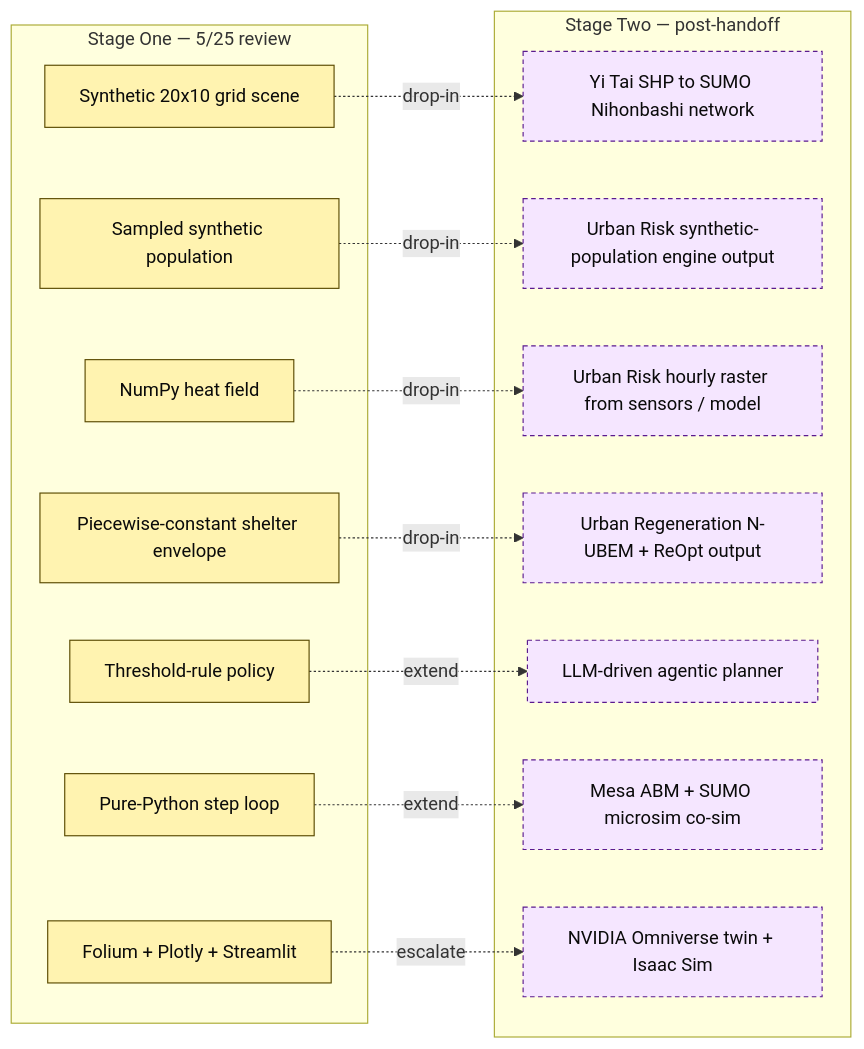
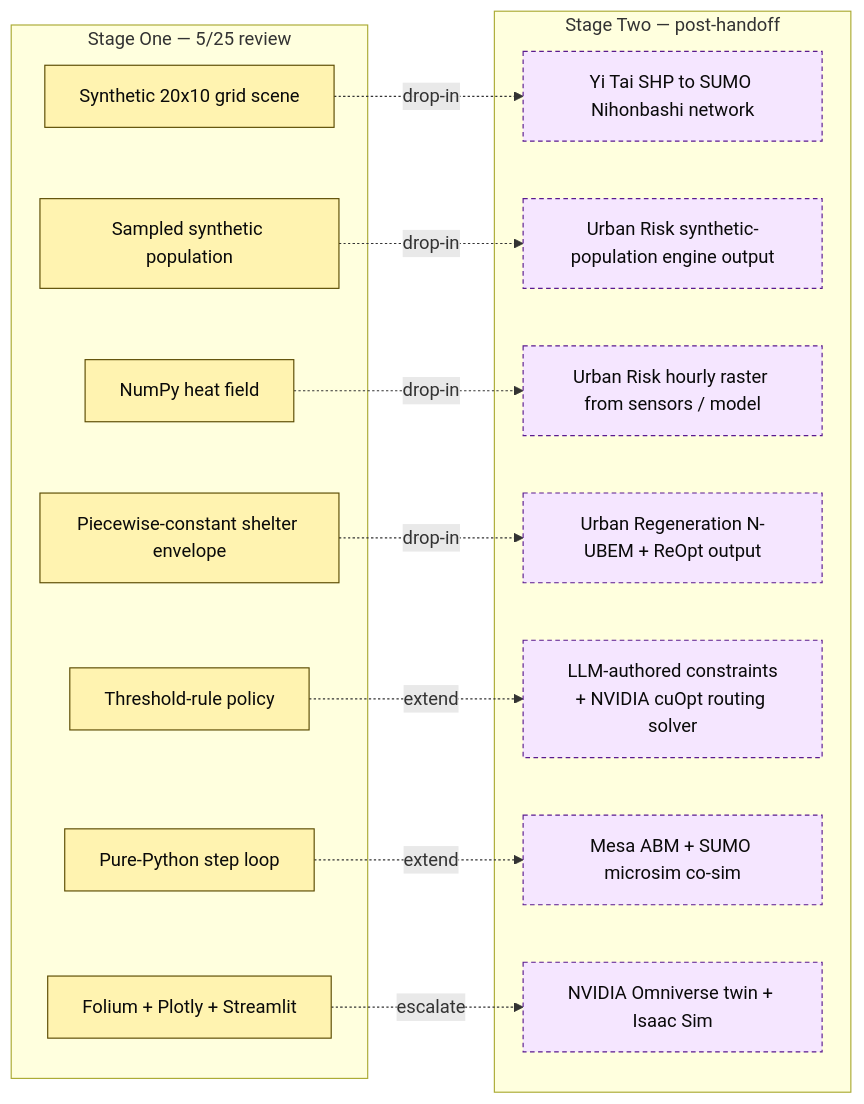
One commit to SamDuo/nihonbashi-robot-sim changed the fifth of 5 diagrams in docs/system_architecture.md. Above: the diagram before and after it, drawn with Mermaid. The commit also changed other lines of this file and 1 other file, not shown here.

````diff
--- a/docs/system_architecture.md
+++ b/docs/system_architecture.md
@@ -225,33 +225,33 @@
 ```mermaid
 flowchart LR
   classDef s1 fill:#fff3b0,stroke:#5a4a00,color:#0a0a0a
   classDef s2 fill:#f5e6ff,stroke:#5a1a8f,color:#0a0a0a,stroke-dasharray: 4 3
 
   subgraph S1[Stage One — 5/25 review]
     A1[Synthetic 20x10 grid scene]:::s1
     A2[Sampled synthetic population]:::s1
     A3[NumPy heat field]:::s1
     A4[Piecewise-constant shelter envelope]:::s1
     A5[Threshold-rule policy]:::s1
     A6[Pure-Python step loop]:::s1
     A7[Folium + Plotly + Streamlit]:::s1
   end
 
   subgraph S2[Stage Two — post-handoff]
     B1[Yi Tai SHP to SUMO Nihonbashi network]:::s2
     B2[Urban Risk synthetic-population engine output]:::s2
     B3[Urban Risk hourly raster from sensors / model]:::s2
     B4[Urban Regeneration N-UBEM + ReOpt output]:::s2
-    B5[LLM-driven agentic planner]:::s2
+    B5[LLM-authored constraints<br/>+ NVIDIA cuOpt routing solver]:::s2
     B6[Mesa ABM + SUMO microsim co-sim]:::s2
     B7[NVIDIA Omniverse twin + Isaac Sim]:::s2
   end
 
   A1 -.->|drop-in| B1
   A2 -.->|drop-in| B2
   A3 -.->|drop-in| B3
   A4 -.->|drop-in| B4
   A5 -.->|extend| B5
   A6 -.->|extend| B6
   A7 -.->|escalate| B7
 ```
````
